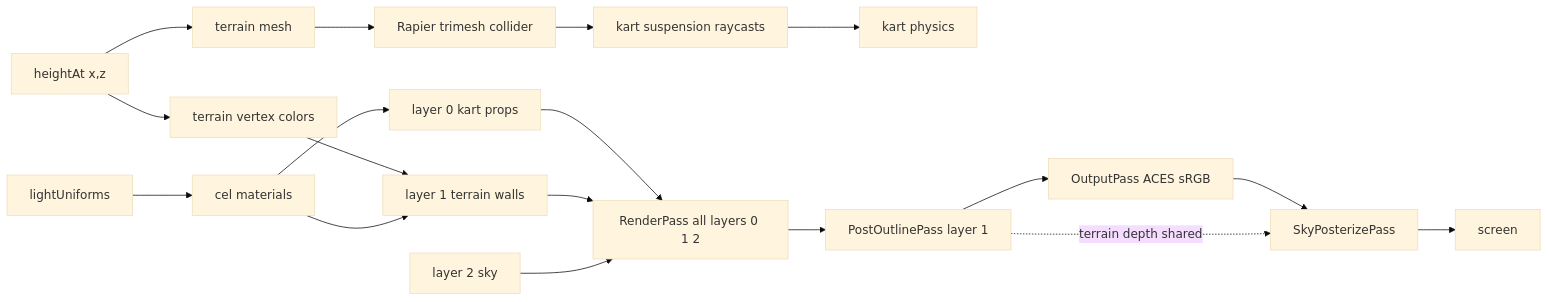
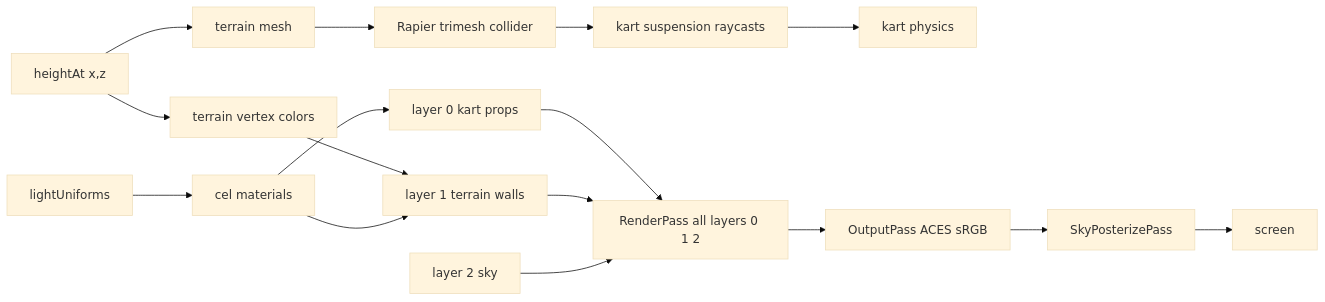
Before and after one commit to jjgroenendijk/cart-game: the diagram in docs/knowledge/data-flows/render-pipeline.md, drawn with Mermaid (base theme). The commit also changed other lines of this file and 34 other files, not shown here.

````diff
--- a/docs/knowledge/data-flows/render-pipeline.md
+++ b/docs/knowledge/data-flows/render-pipeline.md
@@ -11,20 +11,18 @@
 ```mermaid
 flowchart LR
   height[heightAt x,z] --> mesh[terrain mesh]
   height --> color[terrain vertex colors]
   mesh --> collider[Rapier trimesh collider]
   collider --> suspension[kart suspension raycasts]
   suspension --> kart[kart physics]
   color --> layer1[layer 1 terrain walls]
   light[lightUniforms] --> cel[cel materials]
   cel --> layer0[layer 0 kart props]
   cel --> layer1
   layer0 --> renderPass[RenderPass all layers 0 1 2]
   layer1 --> renderPass
   sky[layer 2 sky] --> renderPass
-  renderPass --> outline[PostOutlinePass layer 1]
-  outline --> output[OutputPass ACES sRGB]
+  renderPass --> output[OutputPass ACES sRGB]
   output --> posterize[SkyPosterizePass]
-  outline -. terrain depth shared .-> posterize
   posterize --> screen[screen]
 ```
````
